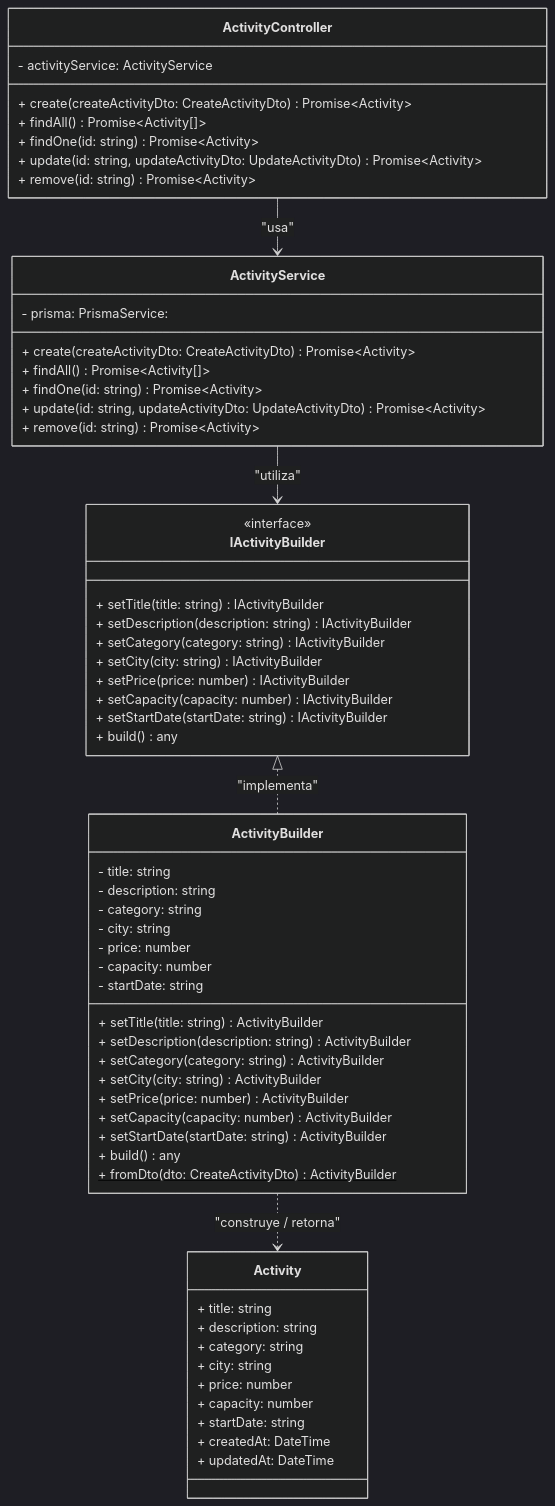
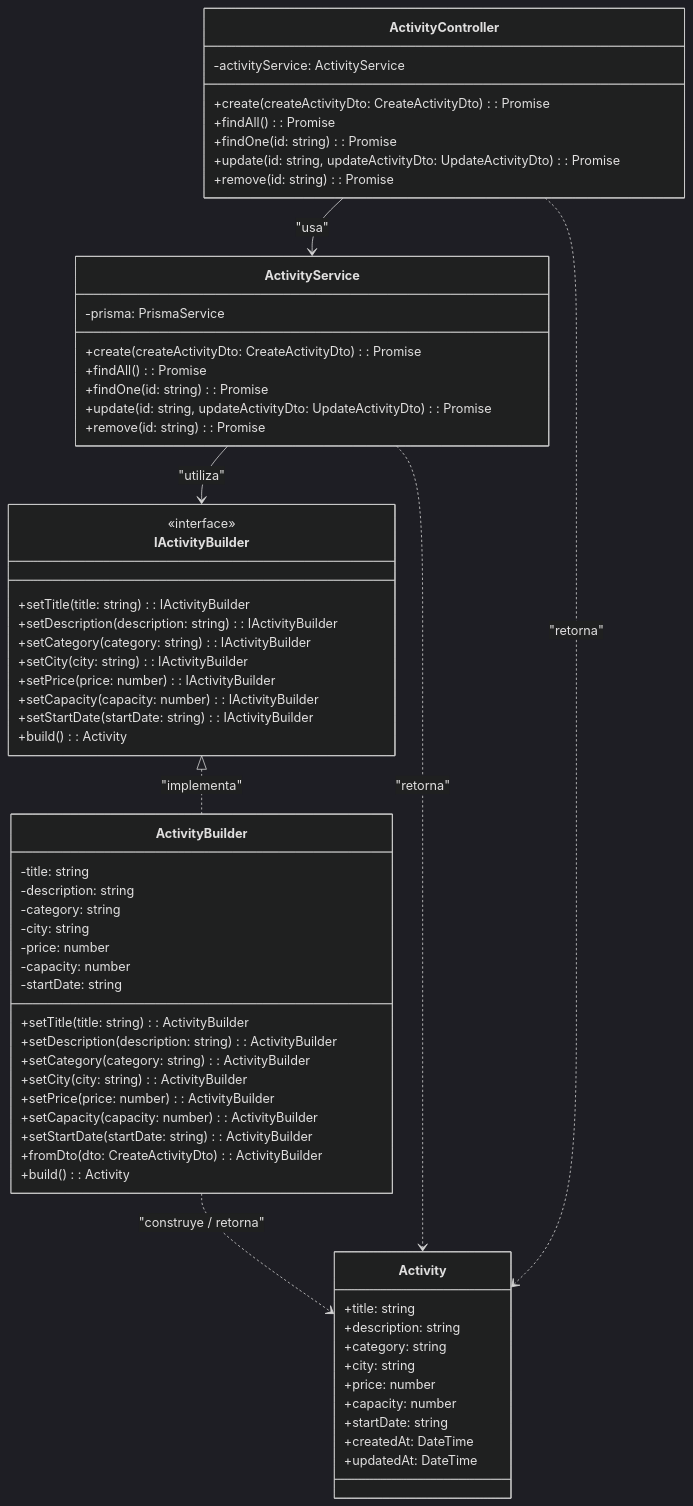
Before and after one commit to CaroDevs/Grupo1_Reto1_EventosMedellin: the second of 2 diagrams in docs/patrones-creacionales/justificacion.md, drawn with Mermaid (dark theme).

Commit message:
Update justificacion builder.md

````diff
--- a/docs/patrones-creacionales/justificacion.md
+++ b/docs/patrones-creacionales/justificacion.md
@@ -97,68 +97,70 @@
 ```mermaid
 classDiagram
-    class ActivityController {
-        - activityService: ActivityService
-        + create(createActivityDto: CreateActivityDto) Promise~Activity~
-        + findAll() Promise~Activity[]~
-        + findOne(id: string) Promise~Activity~
-        + update(id: string, updateActivityDto: UpdateActivityDto) Promise~Activity~
-        + remove(id: string) Promise~Activity~
+class IActivityBuilder {
+        <<interface>>
+        +setTitle(title: string) : IActivityBuilder
+        +setDescription(description: string) : IActivityBuilder
+        +setCategory(category: string) : IActivityBuilder
+        +setCity(city: string) : IActivityBuilder
+        +setPrice(price: number) : IActivityBuilder
+        +setCapacity(capacity: number) : IActivityBuilder
+        +setStartDate(startDate: string) : IActivityBuilder
+        +build() : Activity
+    }
+
+    class ActivityBuilder {
+        -title: string
+        -description: string
+        -category: string
+        -city: string
+        -price: number
+        -capacity: number
+        -startDate: string
+        +setTitle(title: string) : ActivityBuilder
+        +setDescription(description: string) : ActivityBuilder
+        +setCategory(category: string) : ActivityBuilder
+        +setCity(city: string) : ActivityBuilder
+        +setPrice(price: number) : ActivityBuilder
+        +setCapacity(capacity: number) : ActivityBuilder
+        +setStartDate(startDate: string) : ActivityBuilder
+        +fromDto(dto: CreateActivityDto) : ActivityBuilder
+        +build() : Activity
+    }
+
+    class Activity {
+        +title: string
+        +description: string
+        +category: string
+        +city: string
+        +price: number
+        +capacity: number
+        +startDate: string
+        +createdAt: DateTime
+        +updatedAt: DateTime
     }
 
     class ActivityService {
-        - prisma: PrismaService:
-        + create(createActivityDto: CreateActivityDto) Promise~Activity~
-        + findAll() Promise~Activity[]~
-        + findOne(id: string) Promise~Activity~
-        + update(id: string, updateActivityDto: UpdateActivityDto) Promise~Activity~
-        + remove(id: string) Promise~Activity~
+        -prisma: PrismaService
+        +create(createActivityDto: CreateActivityDto) : Promise<Activity>
+        +findAll() : Promise<Activity[]>
+        +findOne(id: string) : Promise<Activity>
+        +update(id: string, updateActivityDto: UpdateActivityDto) : Promise<Activity>
+        +remove(id: string) : Promise<Activity>
     }
 
-    class IActivityBuilder {
-        <<interface>>
-        + setTitle(title: string) IActivityBuilder
-        + setDescription(description: string) IActivityBuilder
-        + setCategory(category: string) IActivityBuilder
-        + setCity(city: string) IActivityBuilder
-        + setPrice(price: number) IActivityBuilder
-        + setCapacity(capacity: number) IActivityBuilder
-        + setStartDate(startDate: string) IActivityBuilder
-        + build() any
+    class ActivityController {
+        -activityService: ActivityService
+        +create(createActivityDto: CreateActivityDto) : Promise<Activity>
+        +findAll() : Promise<Activity[]>
+        +findOne(id: string) : Promise<Activity>
+        +update(id: string, updateActivityDto: UpdateActivityDto) : Promise<Activity>
+        +remove(id: string) : Promise<Activity>
     }
-
-    class ActivityBuilder {
-        - title: string 
-        - description: string 
-        - category: string 
-        - city: string 
-        - price: number 
-        - capacity: number
-        - startDate: string 
-        + setTitle(title: string) ActivityBuilder
-        + setDescription(description: string) ActivityBuilder
-        + setCategory(category: string) ActivityBuilder
-        + setCity(city: string) ActivityBuilder
-        + setPrice(price: number) ActivityBuilder
-        + setCapacity(capacity: number) ActivityBuilder
-        + setStartDate(startDate: string) ActivityBuilder
-        + build() any
-        + fromDto(dto: CreateActivityDto)$ ActivityBuilder
-    }
-
-    class Activity {
-        + title: string 
-        + description: string 
-        + category: string 
-        + city: string 
-        + price: number 
-        + capacity: number
-        + startDate: string 
-        + createdAt: DateTime
-        + updatedAt: DateTime
-    }
-
+    IActivityBuilder <|.. ActivityBuilder : "implementa"
+    ActivityService --> IActivityBuilder : "utiliza"
     ActivityController --> ActivityService : "usa"
-    ActivityService --> IActivityBuilder : "utiliza"
-    IActivityBuilder <|.. ActivityBuilder : "implementa"
+    
     ActivityBuilder ..> Activity : "construye / retorna"
+    ActivityService ..> Activity : "retorna"
+    ActivityController ..> Activity : "retorna"
 ```
````
